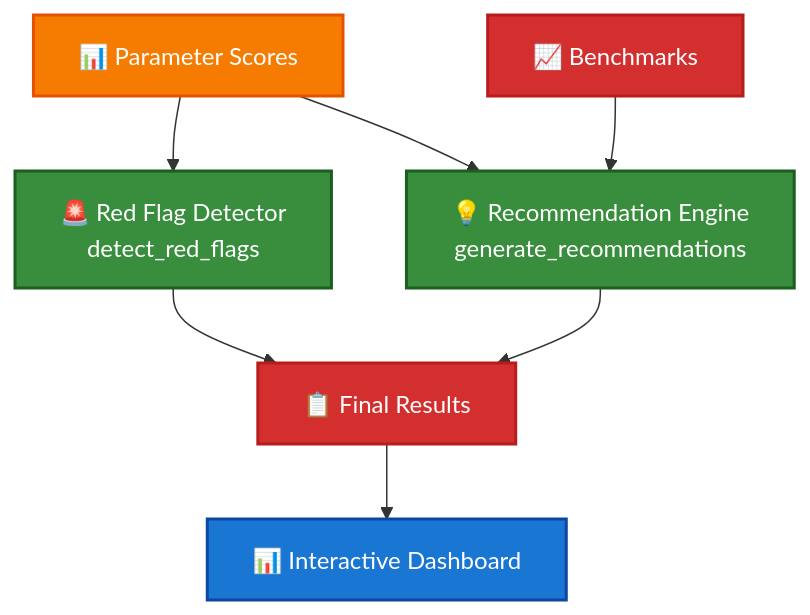
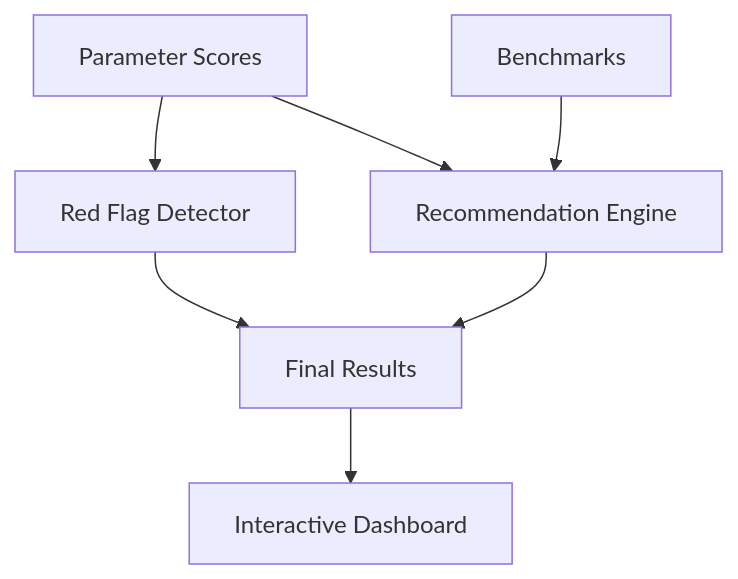
One commit to Pooja-Vishnoi/GenAI_Hackathon changed the fifth of 9 diagrams in README.md. Above: the diagram before and after it, drawn with Mermaid. The commit also changed other lines of this file, not shown here.

Commit message:
GitHub-Compatible Mermaid Fixes

````diff
--- a/README.md
+++ b/README.md
@@ -120,18 +95,11 @@
 ```mermaid
 graph TB
-    SCORES[📊 Parameter Scores] --> RF_ENGINE[🚨 Red Flag Detector<br/>detect_red_flags]
-    SCORES --> REC_ENGINE[💡 Recommendation Engine<br/>generate_recommendations]
-    BENCH[📈 Benchmarks] --> REC_ENGINE
+    SCORES[Parameter Scores] --> RF_ENGINE[Red Flag Detector]
+    SCORES --> REC_ENGINE[Recommendation Engine]
+    BENCH[Benchmarks] --> REC_ENGINE
     
-    RF_ENGINE --> OUTPUT[📋 Final Results]
+    RF_ENGINE --> OUTPUT[Final Results]
     REC_ENGINE --> OUTPUT
     
-    OUTPUT --> DASHBOARD[📊 Interactive Dashboard]
-    
-    style SCORES fill:#f57c00,color:#ffffff,stroke:#e65100,stroke-width:2px
-    style RF_ENGINE fill:#388e3c,color:#ffffff,stroke:#1b5e20,stroke-width:2px
-    style REC_ENGINE fill:#388e3c,color:#ffffff,stroke:#1b5e20,stroke-width:2px
-    style BENCH fill:#d32f2f,color:#ffffff,stroke:#b71c1c,stroke-width:2px
-    style OUTPUT fill:#d32f2f,color:#ffffff,stroke:#b71c1c,stroke-width:2px
-    style DASHBOARD fill:#1976d2,color:#ffffff,stroke:#0d47a1,stroke-width:2px
+    OUTPUT --> DASHBOARD[Interactive Dashboard]
 ```
````
